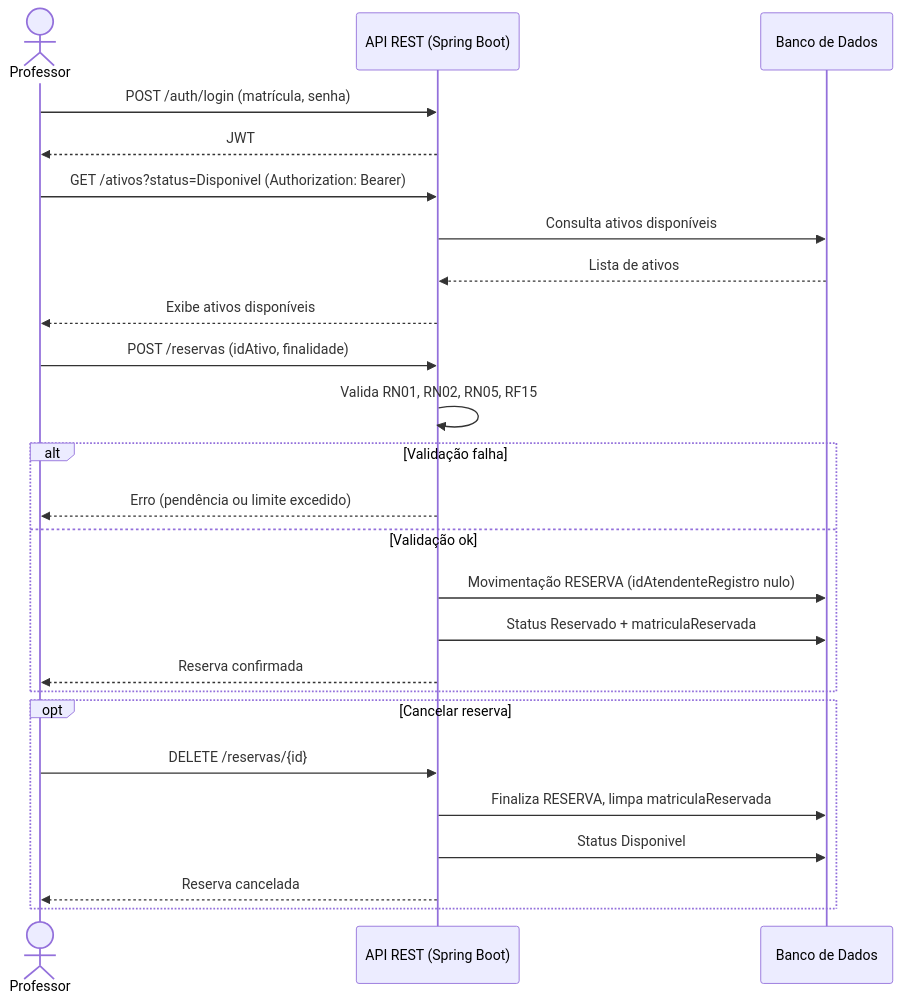
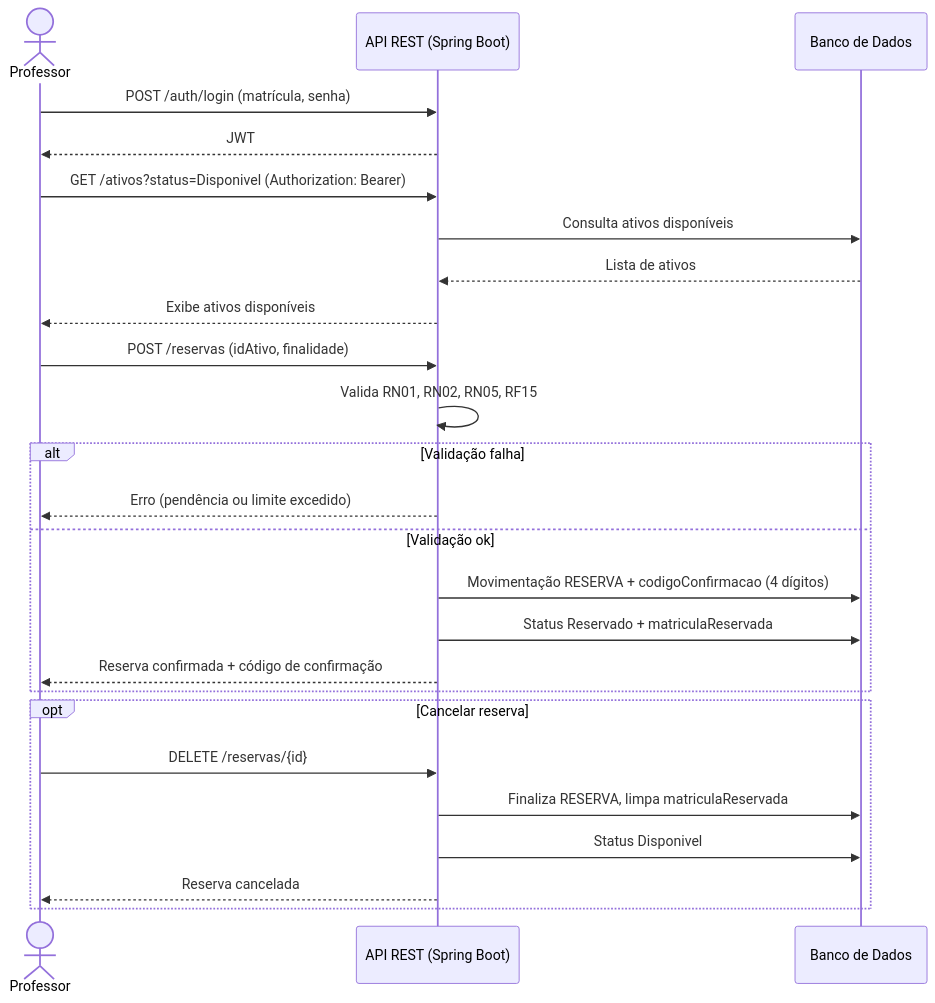
The fourth of 6 diagrams in README.md (oliveiraleonardo918-ui/TesteEmProducao26.1), drawn with Mermaid before and after one commit. The commit also changed other lines of this file, not shown here.

First line of the commit message:
docs: fluxo só por reserva, código de 4 dígitos e acessórios

````diff
--- a/README.md
+++ b/README.md
@@ -778,31 +795,31 @@
 ```mermaid
 sequenceDiagram
     actor Professor
     participant API as API REST (Spring Boot)
     participant DB as Banco de Dados
 
     Professor->>API: POST /auth/login (matrícula, senha)
     API-->>Professor: JWT
 
     Professor->>API: GET /ativos?status=Disponivel (Authorization: Bearer)
     API->>DB: Consulta ativos disponíveis
     DB-->>API: Lista de ativos
     API-->>Professor: Exibe ativos disponíveis
 
     Professor->>API: POST /reservas (idAtivo, finalidade)
     API->>API: Valida RN01, RN02, RN05, RF15
     alt Validação falha
         API-->>Professor: Erro (pendência ou limite excedido)
     else Validação ok
-        API->>DB: Movimentação RESERVA (idAtendenteRegistro nulo)
+        API->>DB: Movimentação RESERVA + codigoConfirmacao (4 dígitos)
         API->>DB: Status Reservado + matriculaReservada
-        API-->>Professor: Reserva confirmada
+        API-->>Professor: Reserva confirmada + código de confirmação
     end
 
     opt Cancelar reserva
         Professor->>API: DELETE /reservas/{id}
         API->>DB: Finaliza RESERVA, limpa matriculaReservada
         API->>DB: Status Disponivel
         API-->>Professor: Reserva cancelada
     end
 ```
````
